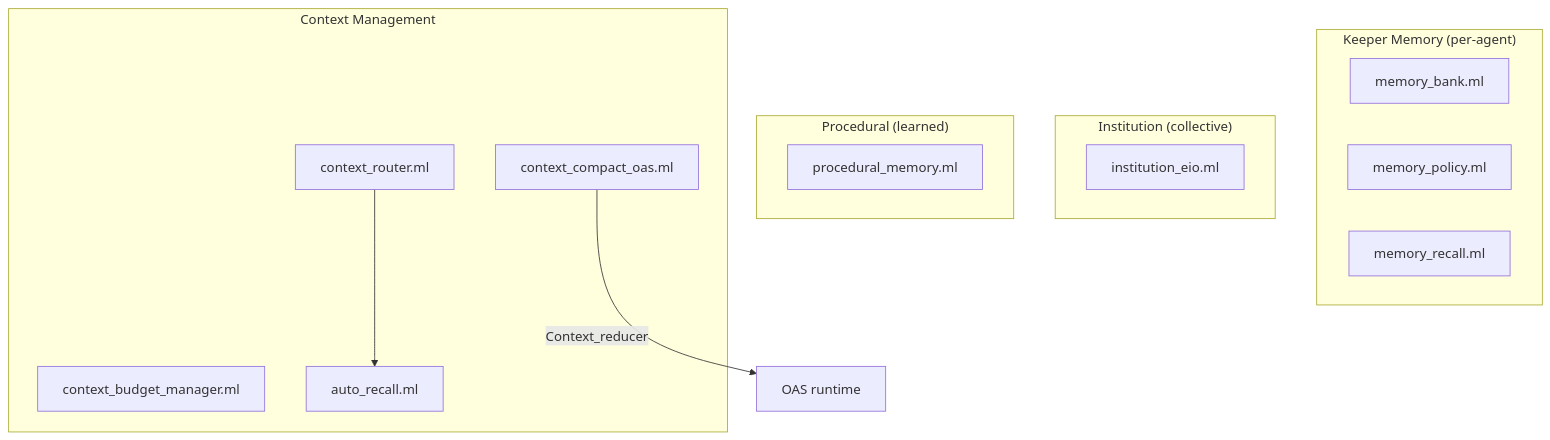
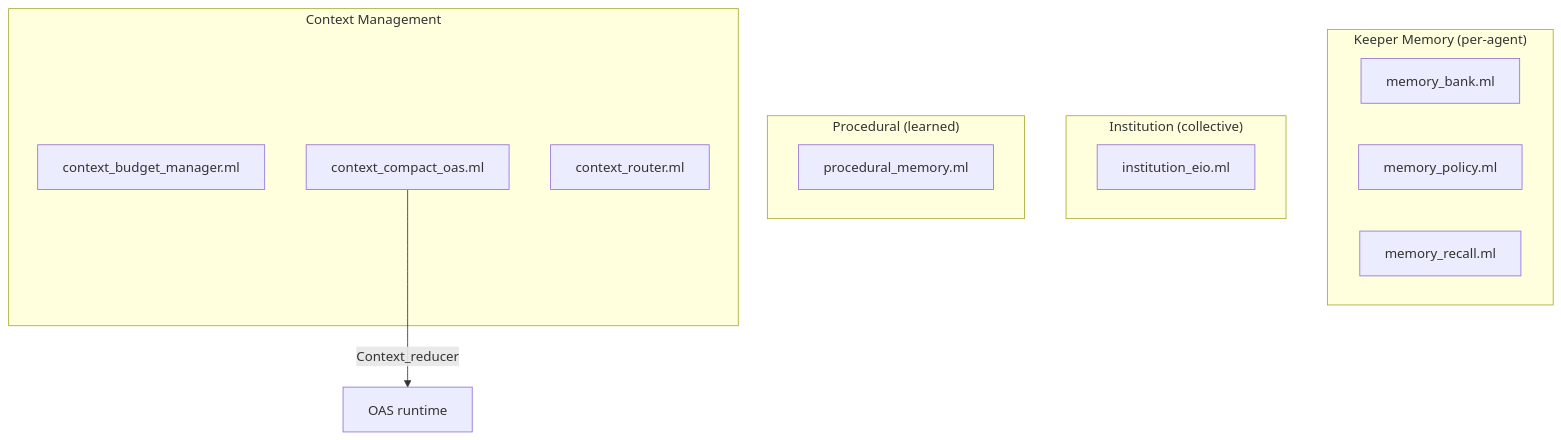
The diagram in docs/spec/12-memory-systems.md (jeong-sik/masc), drawn with Mermaid before and after one commit. The commit also changed other lines of this file and 5 other files, not shown here.

First line of the commit message:
chore(memory): retire dead auto_recall module and fix spec drift

````diff
--- a/docs/spec/12-memory-systems.md
+++ b/docs/spec/12-memory-systems.md
@@ -43,22 +42,20 @@
 ```mermaid
 graph TB
   subgraph "Keeper Memory (per-agent)"
     MB[memory_bank.ml]
     MP[memory_policy.ml]
     MR[memory_recall.ml]
   end
   subgraph "Institution (collective)"
     IE[institution_eio.ml]
   end
   subgraph "Procedural (learned)"
     PM[procedural_memory.ml]
   end
   subgraph "Context Management"
     CB[context_budget_manager.ml]
     CC[context_compact_oas.ml]
     CR[context_router.ml]
-    AR[auto_recall.ml]
   end
-  CR --> AR
   CC -->|"Context_reducer"| OAS["OAS runtime"]
 ```
````
